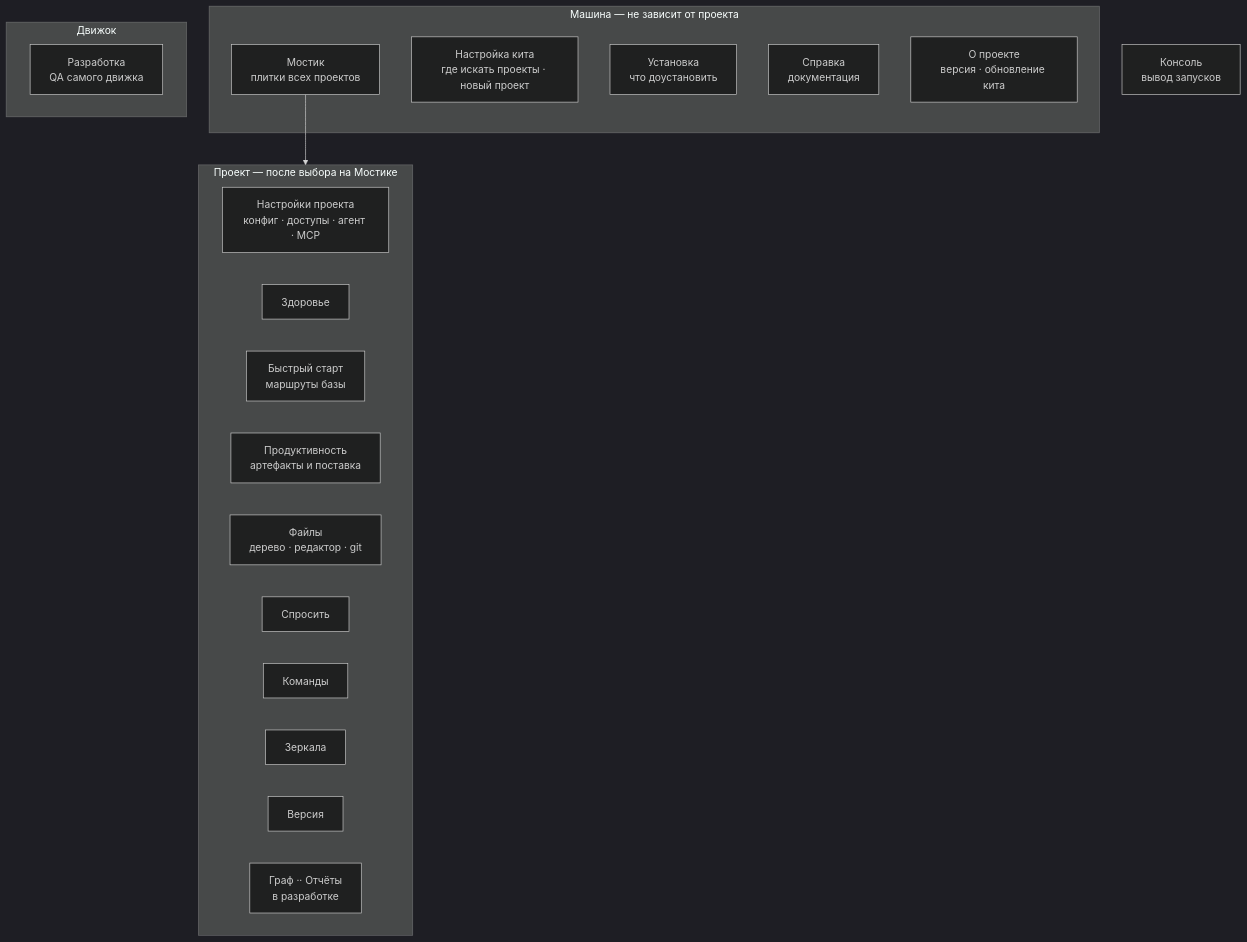
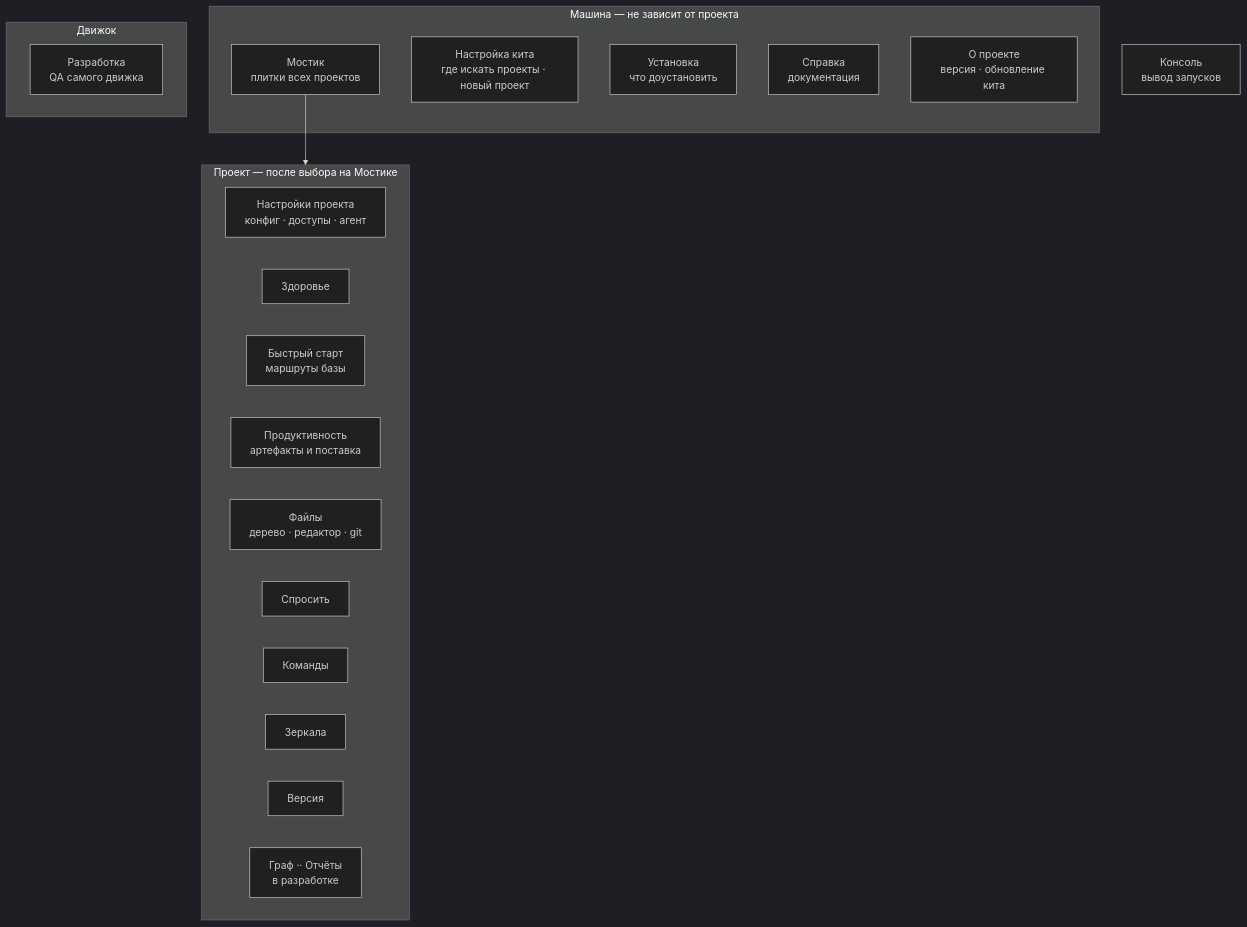
Before and after one commit to VVG-web/aurora-studio: the first of 2 diagrams in docs/control-panel-ui-requirements.md, drawn with Mermaid (dark theme). The commit also changed other lines of this file and 30 other files, not shown here.

````diff
--- a/docs/control-panel-ui-requirements.md
+++ b/docs/control-panel-ui-requirements.md
@@ -50,27 +50,27 @@
 ```mermaid
 flowchart TB
   subgraph M["Машина — не зависит от проекта"]
     B["Мостик<br>плитки всех проектов"]
     S["Настройка кита<br>где искать проекты · новый проект"]
     I["Установка<br>что доустановить"]
     R["Справка<br>документация"]
     A["О проекте<br>версия · обновление кита"]
   end
   subgraph P["Проект — после выбора на Мостике"]
-    PS["Настройки проекта<br>конфиг · доступы · агент · MCP"]
+    PS["Настройки проекта<br>конфиг · доступы · агент"]
     H["Здоровье"]
     Q["Быстрый старт<br>маршруты базы"]
     W["Продуктивность<br>артефакты и поставка"]
     F["Файлы<br>дерево · редактор · git"]
     AS["Спросить"]
     CM["Команды"]
     MR["Зеркала"]
     V["Версия"]
     G["Граф ·· Отчёты<br>в разработке"]
   end
   subgraph E["Движок"]
     D["Разработка<br>QA самого движка"]
   end
   C["Консоль<br>вывод запусков"]
   B --> P
 ```
````
